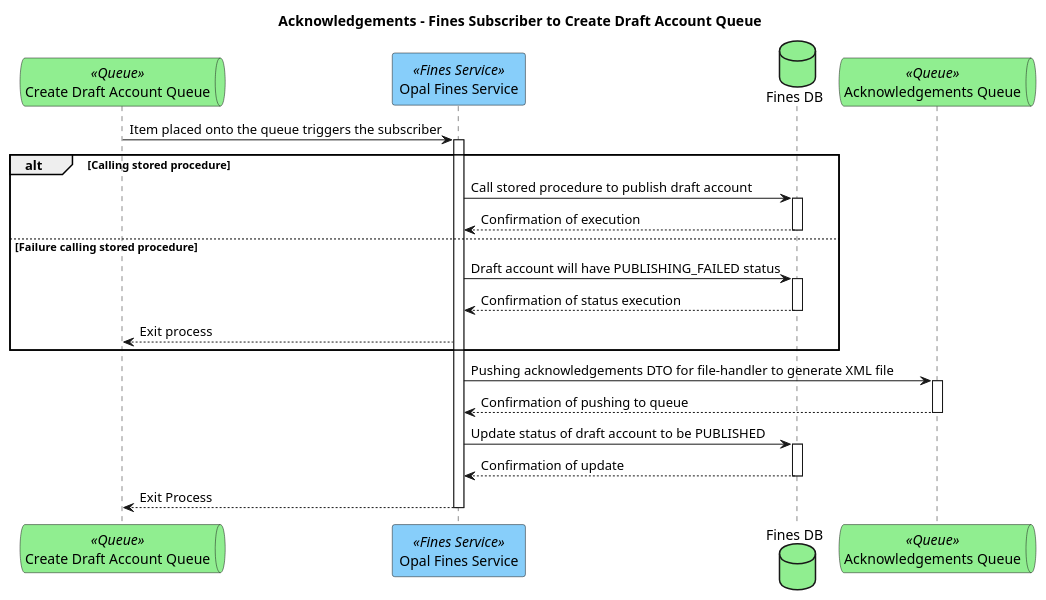
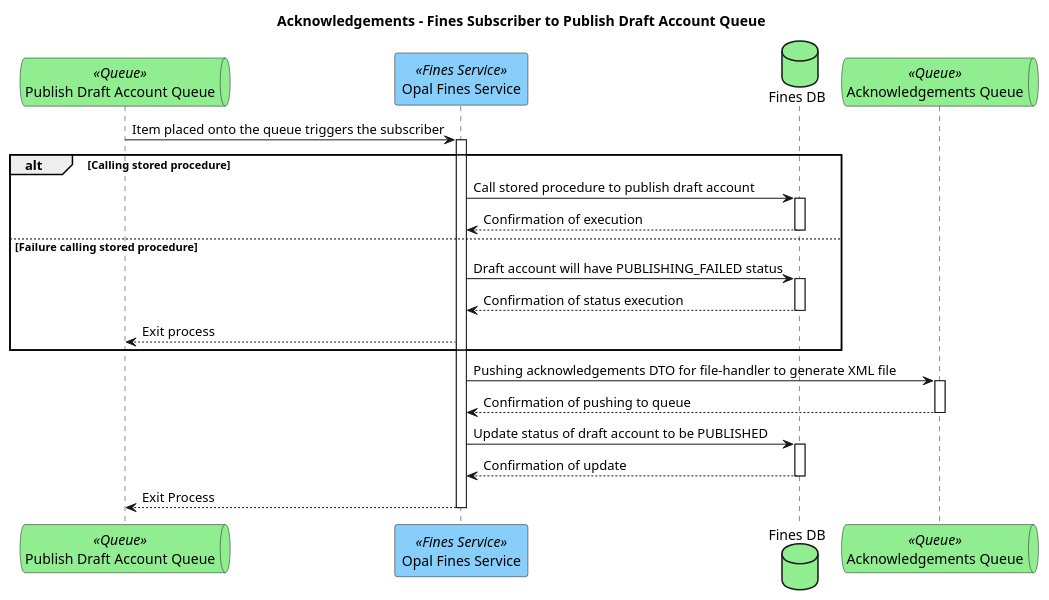
Before and after one commit to hmcts/opal-docs: the diagram in plantUML/external-interfaces/acknowledgements-fines-sub.puml, drawn with PlantUML. The commit also changed 1 other file, not shown here.

Commit message:
Changing "Create Draft Account Queue" to "Publish Draft Account Queue"

```diff
--- a/plantUML/external-interfaces/acknowledgements-fines-sub.puml
+++ b/plantUML/external-interfaces/acknowledgements-fines-sub.puml
@@ -1,22 +1,22 @@
 @startuml
-title Acknowledgements - Fines Subscriber to Create Draft Account Queue
-queue "Create Draft Account Queue" as createDraftAccountQueue <<Queue>> #lightgreen
+title Acknowledgements - Fines Subscriber to Publish Draft Account Queue
+queue "Publish Draft Account Queue" as publishDraftAccountQueue <<Queue>> #lightgreen
 participant "Opal Fines Service" as finesService <<Fines Service>> #lightskyblue
 database "Fines DB" as finesDb #lightgreen
 queue "Acknowledgements Queue" as acknowledgementsQueue <<Queue>> #lightgreen
 
-createDraftAccountQueue -> finesService ++ : Item placed onto the queue triggers the subscriber
+publishDraftAccountQueue -> finesService ++ : Item placed onto the queue triggers the subscriber
 alt Calling stored procedure
     finesService -> finesDb ++ : Call stored procedure to publish draft account
     finesDb --> finesService -- : Confirmation of execution
 else Failure calling stored procedure
     finesService -> finesDb ++ : Draft account will have PUBLISHING_FAILED status
     finesDb --> finesService -- : Confirmation of status execution
-    finesService --> createDraftAccountQueue : Exit process
+    finesService --> publishDraftAccountQueue : Exit process
 end
 finesService -> acknowledgementsQueue ++ : Pushing acknowledgements DTO for file-handler to generate XML file
 acknowledgementsQueue --> finesService -- : Confirmation of pushing to queue
 finesService -> finesDb ++ : Update status of draft account to be PUBLISHED
 finesDb --> finesService -- : Confirmation of update
-finesService --> createDraftAccountQueue -- : Exit Process
+finesService --> publishDraftAccountQueue -- : Exit Process
 @enduml
```
